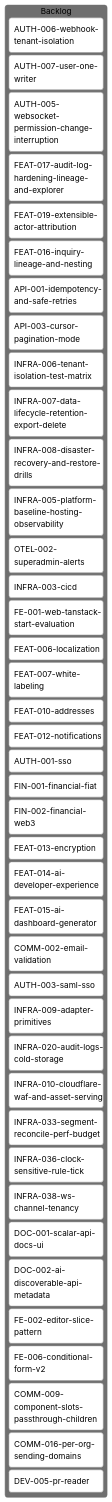
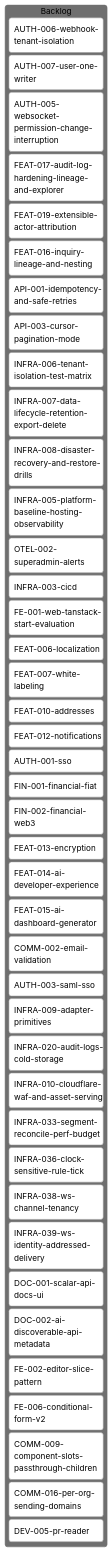
Before and after one commit to inixiative/template: the diagram in tickets/kanban-backlog.md, drawn with Mermaid (neutral theme). The commit also changed other lines of this file and 1 other file, not shown here.

Commit message:
docs(tickets): INFRA-039 — websocket pushes addressed to an identity
Push to User / Token / Integration recipients, registering a socket under
each identity its credential is; organizations, spaces and seats are
audiences and stay channels. Records the gap #219 opened (a person's own
token no longer receives that person's pushes) and the adversarial findings
against the user-channel alternative.

````diff
--- a/tickets/kanban-backlog.md
+++ b/tickets/kanban-backlog.md
@@ -3,49 +3,50 @@
 ```mermaid
 ---
 config:
   kanban:
     ticketBaseUrl: 'https://github.com/yourorg/template/blob/main/tickets/#TICKET#'
 ---
 kanban
   Backlog
     AUTH-006-webhook-tenant-isolation
     AUTH-007-user-one-writer
     AUTH-005-websocket-permission-change-interruption
     FEAT-017-audit-log-hardening-lineage-and-explorer
     FEAT-019-extensible-actor-attribution
     FEAT-016-inquiry-lineage-and-nesting
     API-001-idempotency-and-safe-retries
     API-003-cursor-pagination-mode
     INFRA-006-tenant-isolation-test-matrix
     INFRA-007-data-lifecycle-retention-export-delete
     INFRA-008-disaster-recovery-and-restore-drills
     INFRA-005-platform-baseline-hosting-observability
     OTEL-002-superadmin-alerts
     INFRA-003-cicd
     FE-001-web-tanstack-start-evaluation
     FEAT-006-localization
     FEAT-007-white-labeling
     FEAT-010-addresses
     FEAT-012-notifications
     AUTH-001-sso
     FIN-001-financial-fiat
     FIN-002-financial-web3
     FEAT-013-encryption
     FEAT-014-ai-developer-experience
     FEAT-015-ai-dashboard-generator
     COMM-002-email-validation
     AUTH-003-saml-sso
     INFRA-009-adapter-primitives
     INFRA-020-audit-logs-cold-storage
     INFRA-010-cloudflare-waf-and-asset-serving
     INFRA-033-segment-reconcile-perf-budget
     INFRA-036-clock-sensitive-rule-tick
     INFRA-038-ws-channel-tenancy
+    INFRA-039-ws-identity-addressed-delivery
     DOC-001-scalar-api-docs-ui
     DOC-002-ai-discoverable-api-metadata
     FE-002-editor-slice-pattern
     FE-006-conditional-form-v2
     COMM-009-component-slots-passthrough-children
     COMM-016-per-org-sending-domains
     DEV-005-pr-reader
 ```
````
